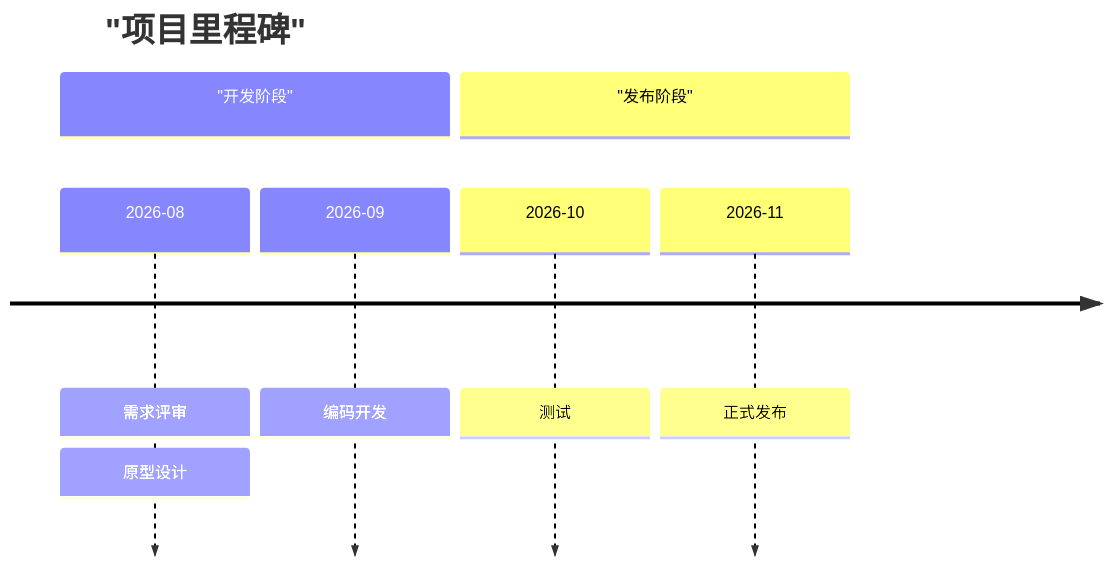
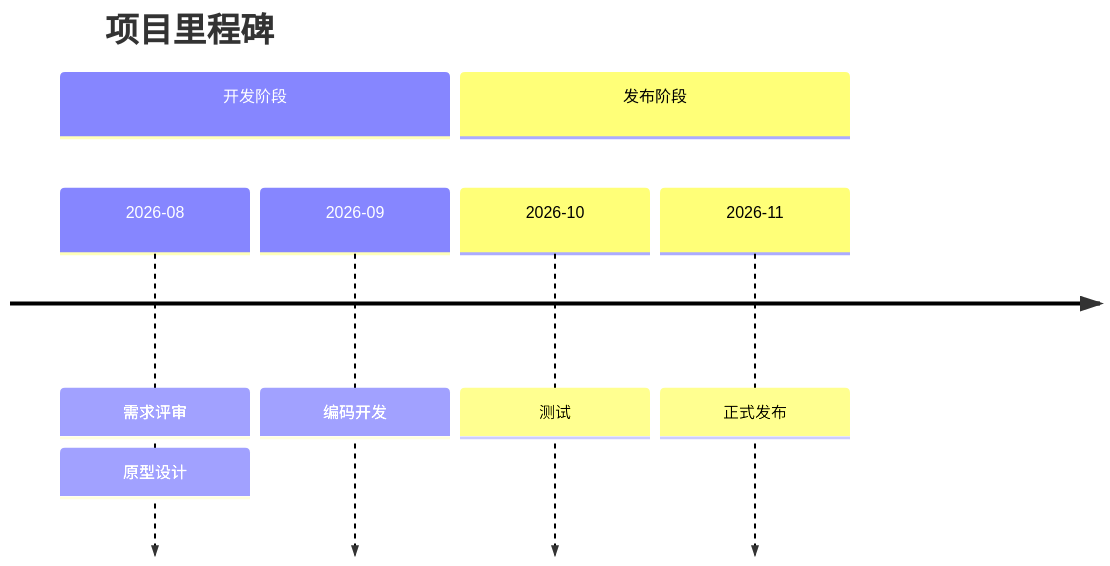
The seventh of 10 diagrams in .agents/docs/knowledge/learning/04-docs-markup-tooling/mermaid-wiki/05-aggregate-diagrams.md (xinetzone/SpecWeave), drawn with Mermaid before and after one commit. The commit also changed other lines of this file and 4 other files, not shown here.

Commit message:
docs(mermaid): 修复mermaid-wiki语法错误，沉淀引号规则清单 [prevent: rule-update]

````diff
--- a/.agents/docs/knowledge/learning/04-docs-markup-tooling/mermaid-wiki/05-aggregate-diagrams.md
+++ b/.agents/docs/knowledge/learning/04-docs-markup-tooling/mermaid-wiki/05-aggregate-diagrams.md
@@ -166,11 +166,11 @@
 ```mermaid
 timeline
-    title "项目里程碑"
+    title 项目里程碑
     2026年 : 立项
-    section "开发阶段"
+    section 开发阶段
     2026-08 : 需求评审 : 原型设计
     2026-09 : 编码开发
-    section "发布阶段"
+    section 发布阶段
     2026-10 : 测试
     2026-11 : 正式发布
 ```
````
